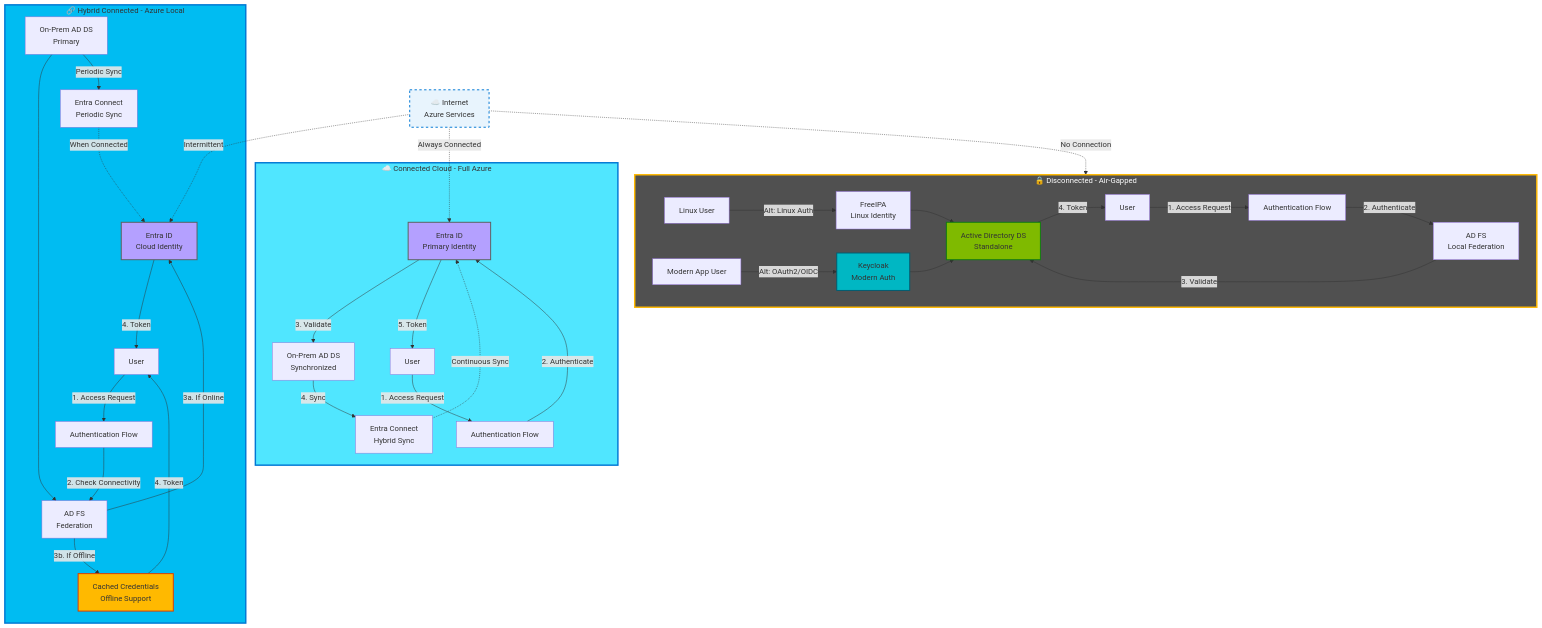
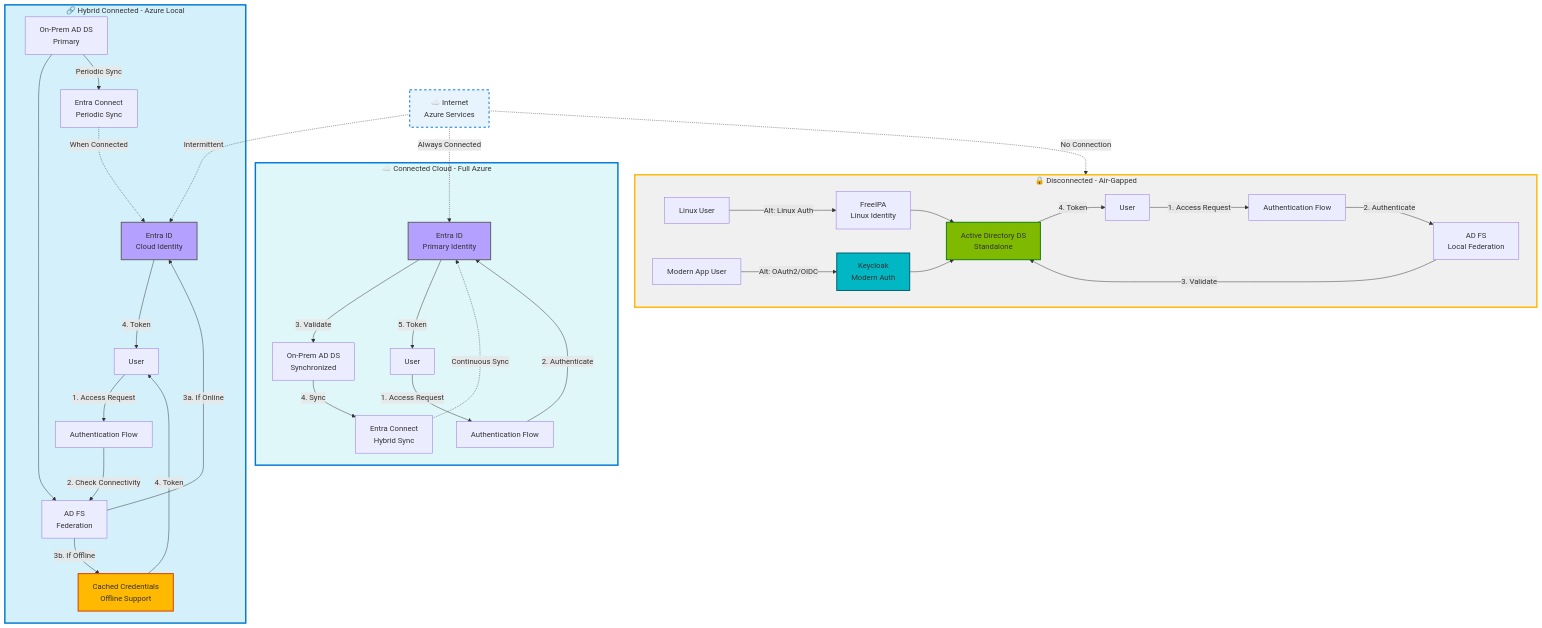
One commit to EmeaAppGbb/AzureHybridContinuumCookBook changed the diagram in docs/05-sovereign-landing-zone-guide/02-identity-and-access.md. Above: the diagram before and after it, drawn with Mermaid. The commit also changed 28 other files, not shown here.

First line of the commit message:
Fix Mermaid diagram readability: use light pastel subgraph backgrounds

````diff
--- a/docs/05-sovereign-landing-zone-guide/02-identity-and-access.md
+++ b/docs/05-sovereign-landing-zone-guide/02-identity-and-access.md
@@ -55,69 +55,69 @@
 ```mermaid
 graph TB
     subgraph Connected["☁️ Connected Cloud - Full Azure"]
         ConnIdentity[Entra ID<br/>Primary Identity]
         ConnSync[Entra Connect<br/>Hybrid Sync]
         ConnADDS[On-Prem AD DS<br/>Synchronized]
         ConnAuth[Authentication Flow]
         
         ConnUser[User] -->|1. Access Request| ConnAuth
         ConnAuth -->|2. Authenticate| ConnIdentity
         ConnIdentity -->|3. Validate| ConnADDS
         ConnADDS -->|4. Sync| ConnSync
         ConnSync -.->|Continuous Sync| ConnIdentity
         ConnIdentity -->|5. Token| ConnUser
     end
     
     subgraph Intermittent["🔗 Hybrid Connected - Azure Local"]
         IntIdentity[Entra ID<br/>Cloud Identity]
         IntSync[Entra Connect<br/>Periodic Sync]
         IntADDS[On-Prem AD DS<br/>Primary]
         IntADFS[AD FS<br/>Federation]
         IntAuth[Authentication Flow]
         IntCache[Cached Credentials<br/>Offline Support]
         
         IntUser[User] -->|1. Access Request| IntAuth
         IntAuth -->|2. Check Connectivity| IntADFS
         IntADFS -->|3a. If Online| IntIdentity
         IntADFS -->|3b. If Offline| IntCache
         IntADDS --> IntADFS
         IntADDS -->|Periodic Sync| IntSync
         IntSync -.->|When Connected| IntIdentity
         IntIdentity & IntCache -->|4. Token| IntUser
     end
     
     subgraph Disconnected["🔒 Disconnected - Air-Gapped"]
         DiscADDS[Active Directory DS<br/>Standalone]
         DiscADFS[AD FS<br/>Local Federation]
         DiscAuth[Authentication Flow]
         DiscFreeIPA[FreeIPA<br/>Linux Identity]
         DiscKeycloak[Keycloak<br/>Modern Auth]
         
         DiscUser[User] -->|1. Access Request| DiscAuth
         DiscAuth -->|2. Authenticate| DiscADFS
         DiscADFS -->|3. Validate| DiscADDS
         DiscADDS -->|4. Token| DiscUser
         
         DiscLinuxUser[Linux User] -->|Alt: Linux Auth| DiscFreeIPA
         DiscFreeIPA --> DiscADDS
         
         DiscAppUser[Modern App User] -->|Alt: OAuth2/OIDC| DiscKeycloak
         DiscKeycloak --> DiscADDS
     end
     
     Internet[☁️ Internet<br/>Azure Services] -.->|Always Connected| ConnIdentity
     Internet -.->|Intermittent| IntIdentity
     Internet -.->|No Connection| Disconnected
     
-    style Connected fill:#50e6ff,stroke:#0078d4,stroke-width:3px
-    style Intermittent fill:#00bcf2,stroke:#0078d4,stroke-width:3px
-    style Disconnected fill:#505050,stroke:#ffb900,stroke-width:3px,color:#fff
+    style Connected fill:#e0f7fa,stroke:#0078d4,stroke-width:3px
+    style Intermittent fill:#d4f1fb,stroke:#0078d4,stroke-width:3px
+    style Disconnected fill:#f0f0f0,stroke:#ffb900,stroke-width:3px
     
     style ConnIdentity fill:#b4a0ff,stroke:#5e5e5e,stroke-width:2px
     style IntIdentity fill:#b4a0ff,stroke:#5e5e5e,stroke-width:2px
     style IntCache fill:#ffb900,stroke:#d83b01,stroke-width:2px
     style DiscADDS fill:#7fba00,stroke:#107c10,stroke-width:2px
     style DiscKeycloak fill:#00b7c3,stroke:#005b70,stroke-width:2px
     
     style Internet fill:#e8f4fd,stroke:#0078d4,stroke-width:2px,stroke-dasharray: 5 5
 ```
````
